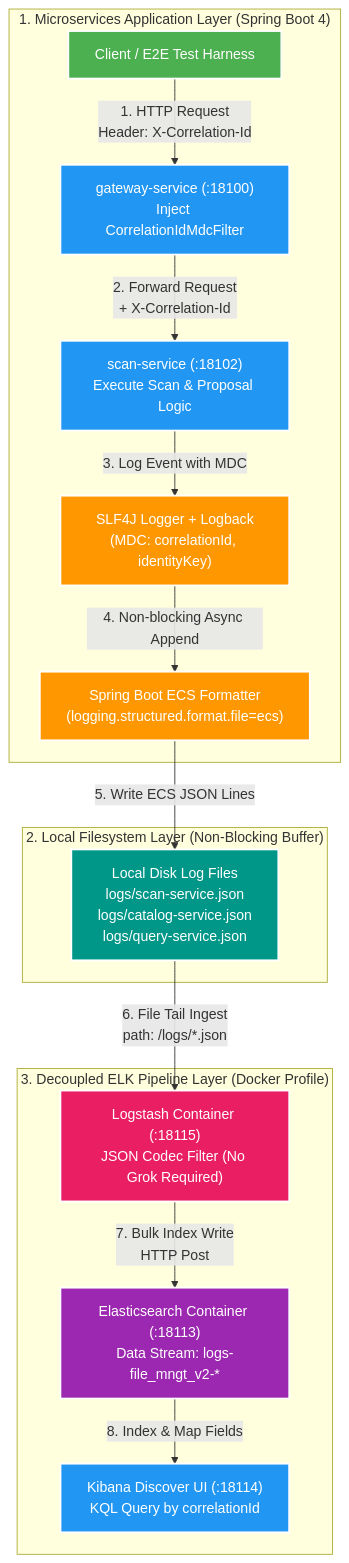
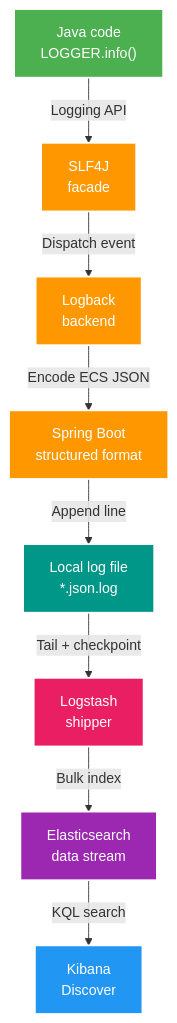
Before and after one commit to HungPhan200591/file-mngt-be-v2: the first of 2 diagrams in manual/learning/deep-dive/observability/02-structured-logging-elk.md, drawn with Mermaid. The commit also changed other lines of this file and 13 other files, not shown here.

First line of the commit message:
feat: Enhance structured logging documentation and introduce new agent skills for study workflows

````diff
--- a/manual/learning/deep-dive/observability/02-structured-logging-elk.md
+++ b/manual/learning/deep-dive/observability/02-structured-logging-elk.md
@@ -137,29 +64,19 @@
 ```mermaid
 flowchart TB
-    subgraph APP_LAYER["1. Microservices Application Layer (Spring Boot 4)"]
-        CLIENT["<font color='white'>Client / E2E Test Harness</font>"] -->|"1. HTTP Request<br/>Header: X-Correlation-Id"| GW["<font color='white'>gateway-service (:18100)<br/>Inject CorrelationIdMdcFilter</font>"]
-        GW -->|"2. Forward Request<br/>+ X-Correlation-Id"| SCAN["<font color='white'>scan-service (:18102)<br/>Execute Scan & Proposal Logic</font>"]
-        SCAN -->|"3. Log Event with MDC"| SLF4J["<font color='white'>SLF4J Logger + Logback<br/>(MDC: correlationId, identityKey)</font>"]
-        SLF4J -->|"4. Non-blocking Async Append"| ECS_FORMATTER["<font color='white'>Spring Boot ECS Formatter<br/>(logging.structured.format.file=ecs)</font>"]
-    end
+    CODE["<font color='white'>Java code<br/>LOGGER.info()</font>"] -->|"Logging API"| FACADE["<font color='white'>SLF4J<br/>facade</font>"]
+    FACADE -->|"Dispatch event"| BACKEND["<font color='white'>Logback<br/>backend</font>"]
+    BACKEND -->|"Encode ECS JSON"| FORMAT["<font color='white'>Spring Boot<br/>structured format</font>"]
+    FORMAT -->|"Append line"| FILE["<font color='white'>Local log file<br/>*.json.log</font>"]
+    FILE -->|"Tail + checkpoint"| SHIPPER["<font color='white'>Logstash<br/>shipper</font>"]
+    SHIPPER -->|"Bulk index"| ES["<font color='white'>Elasticsearch<br/>data stream</font>"]
+    ES -->|"KQL search"| UI["<font color='white'>Kibana<br/>Discover</font>"]
 
-    subgraph DISK_LAYER["2. Local Filesystem Layer (Non-Blocking Buffer)"]
-        ECS_FORMATTER -->|"5. Write ECS JSON Lines"| LOG_FILE["<font color='white'>Local Disk Log Files<br/>logs/scan-service.json<br/>logs/catalog-service.json<br/>logs/query-service.json</font>"]
-    end
-
-    subgraph ELK_STACK["3. Decoupled ELK Pipeline Layer (Docker Profile)"]
-        LOG_FILE -->|"6. File Tail Ingest<br/>path: /logs/*.json"| LOGSTASH["<font color='white'>Logstash Container (:18115)<br/>JSON Codec Filter (No Grok Required)</font>"]
-        LOGSTASH -->|"7. Bulk Index Write<br/>HTTP Post"| ES_LOGS["<font color='white'>Elasticsearch Container (:18113)<br/>Data Stream: logs-file_mngt_v2-*</font>"]
-        ES_LOGS -->|"8. Index & Map Fields"| KIBANA["<font color='white'>Kibana Discover UI (:18114)<br/>KQL Query by correlationId</font>"]
-    end
-
-    style CLIENT fill:#4CAF50,stroke:#fff,stroke-width:2px
-    style GW fill:#2196F3,stroke:#fff,stroke-width:2px
-    style SCAN fill:#2196F3,stroke:#fff,stroke-width:2px
-    style SLF4J fill:#FF9800,stroke:#fff,stroke-width:2px
-    style ECS_FORMATTER fill:#FF9800,stroke:#fff,stroke-width:2px
-    style LOG_FILE fill:#009688,stroke:#fff,stroke-width:2px
-    style LOGSTASH fill:#E91E63,stroke:#fff,stroke-width:2px
-    style ES_LOGS fill:#9C27B0,stroke:#fff,stroke-width:2px
-    style KIBANA fill:#2196F3,stroke:#fff,stroke-width:2px
+    style CODE fill:#4CAF50,stroke:#fff,stroke-width:2px
+    style FACADE fill:#FF9800,stroke:#fff,stroke-width:2px
+    style BACKEND fill:#FF9800,stroke:#fff,stroke-width:2px
+    style FORMAT fill:#FF9800,stroke:#fff,stroke-width:2px
+    style FILE fill:#009688,stroke:#fff,stroke-width:2px
+    style SHIPPER fill:#E91E63,stroke:#fff,stroke-width:2px
+    style ES fill:#9C27B0,stroke:#fff,stroke-width:2px
+    style UI fill:#2196F3,stroke:#fff,stroke-width:2px
 ```
````
